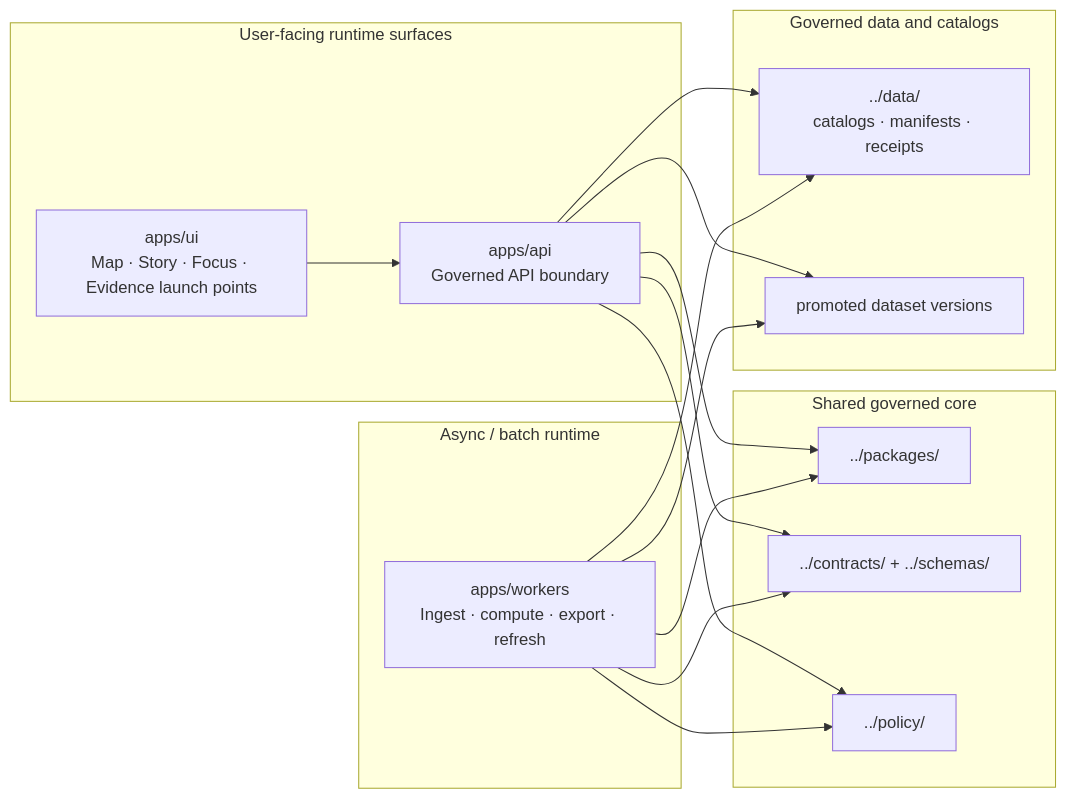
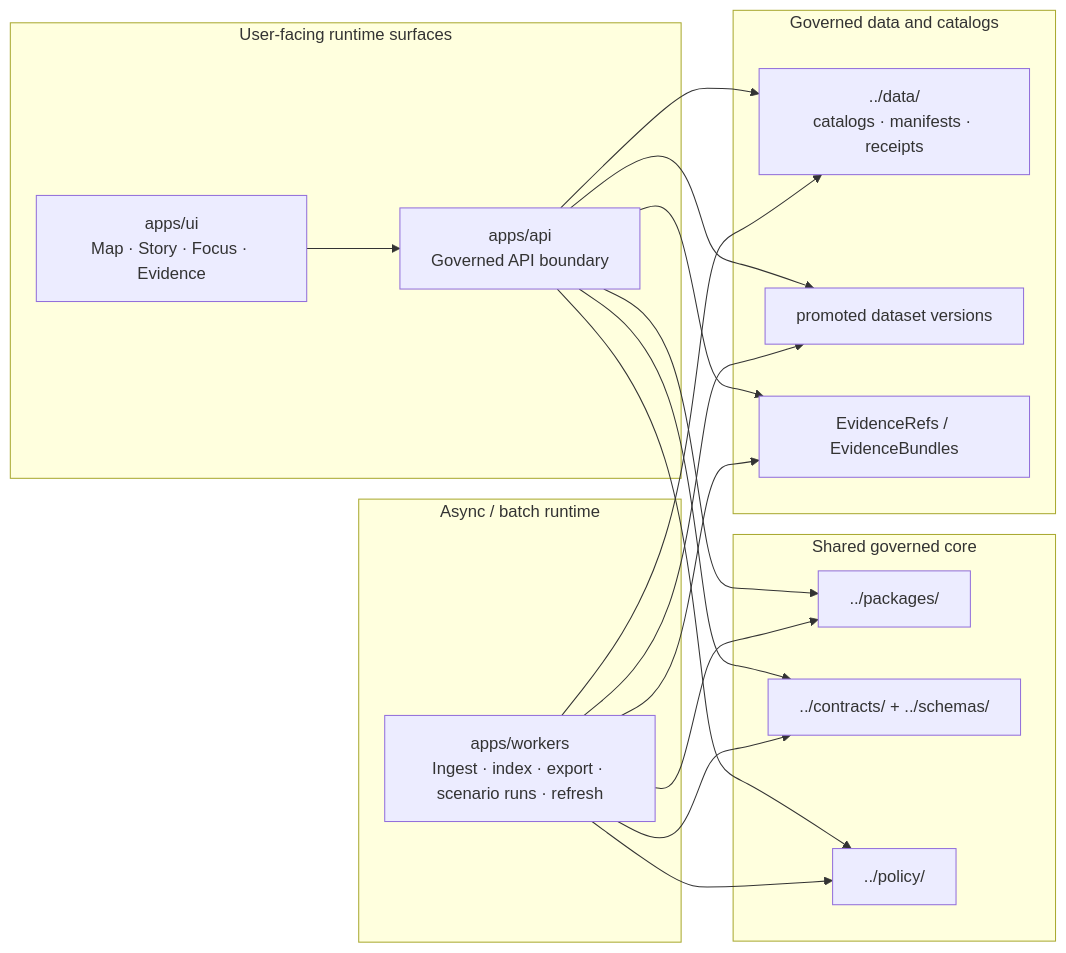
The first of 2 diagrams in apps/README.md (bartytime4life/Kansas-Frontier-Matrix), drawn with Mermaid before and after one commit. The commit also changed other lines of this file, not shown here.

````diff
--- a/apps/README.md
+++ b/apps/README.md
@@ -381,36 +488,39 @@
 ```mermaid
 flowchart LR
   subgraph UserFacing["User-facing runtime surfaces"]
-    UI["apps/ui<br/>Map · Story · Focus · Evidence launch points"]
+    UI["apps/ui<br/>Map · Story · Focus · Evidence"]
     API["apps/api<br/>Governed API boundary"]
   end
 
   subgraph AsyncBatch["Async / batch runtime"]
-    W["apps/workers<br/>Ingest · compute · export · refresh"]
+    W["apps/workers<br/>Ingest · index · export · scenario runs · refresh"]
   end
 
   subgraph SharedCore["Shared governed core"]
     PKG["../packages/"]
     CTR["../contracts/ + ../schemas/"]
     POL["../policy/"]
   end
 
   subgraph GovernedData["Governed data and catalogs"]
     CAT["../data/<br/>catalogs · manifests · receipts"]
     PUB["promoted dataset versions"]
+    EVD["EvidenceRefs / EvidenceBundles"]
   end
 
   UI --> API
 
   API --> PKG
   API --> CTR
   API --> POL
   API --> CAT
   API --> PUB
+  API --> EVD
 
   W --> PKG
   W --> CTR
   W --> POL
   W --> CAT
   W --> PUB
+  W --> EVD
 ```
````
